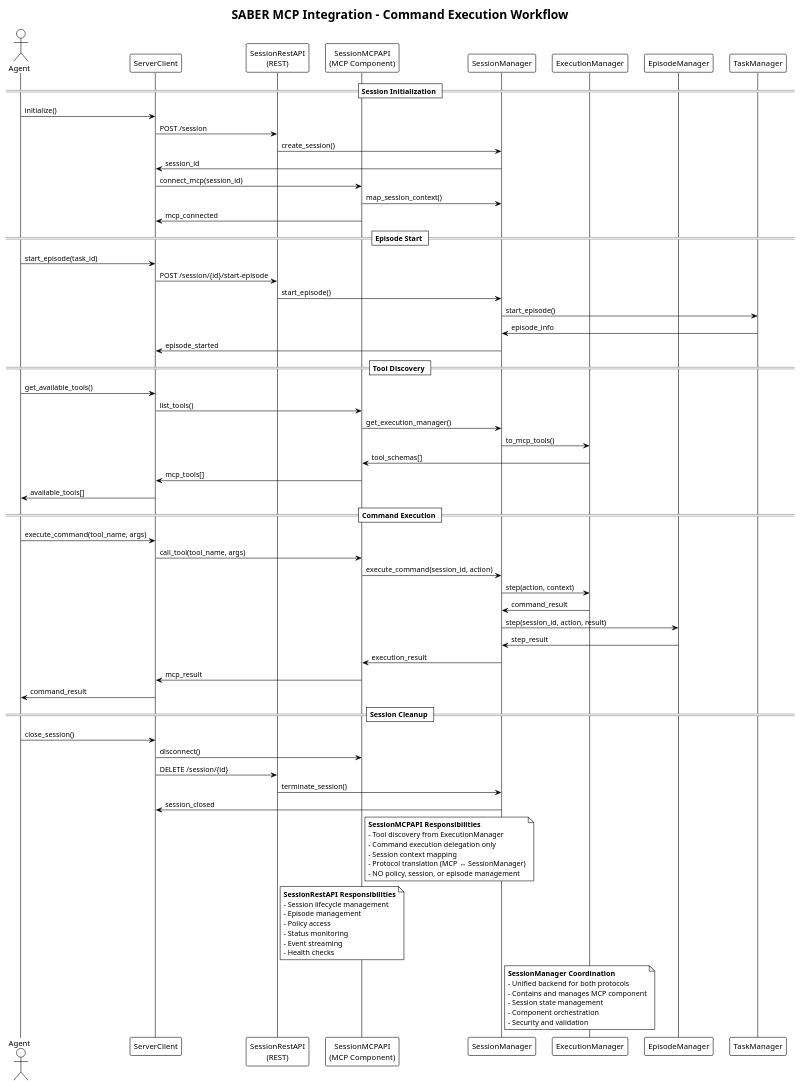
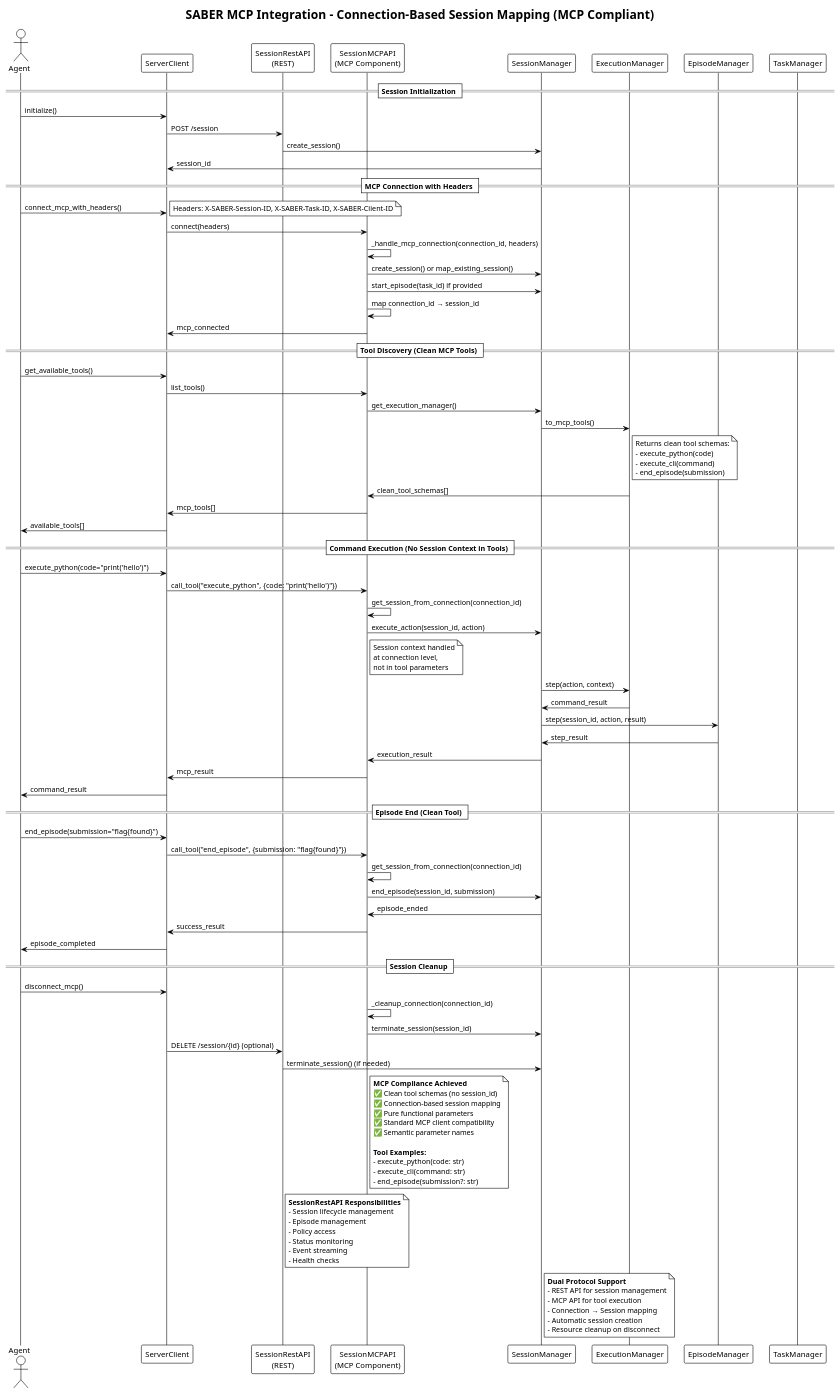
The diagram in docs/server/api/mcp_integration_sequence.puml (microsoft/ACES), drawn with PlantUML before and after one commit. The commit also changed 93 other files, not shown here.

First line of the commit message:
Checkpoint commit in Romulus integration that implements many server side fixes and client side agent changes

```diff
--- a/docs/server/api/mcp_integration_sequence.puml
+++ b/docs/server/api/mcp_integration_sequence.puml
@@ -1,88 +1,104 @@
 @startuml MCP Integration Workflow
 
 !theme plain
-title SABER MCP Integration - Command Execution Workflow
+title SABER MCP Integration - Connection-Based Session Mapping (MCP Compliant)
 
 actor Agent
 participant "ServerClient" as Client
 participant "SessionRestAPI\n(REST)" as REST
 participant "SessionMCPAPI\n(MCP Component)" as MCP
 participant "SessionManager" as SM
 participant "ExecutionManager" as EM_EXEC
 participant "EpisodeManager" as EM_EP
 participant "TaskManager" as TM
 
 == Session Initialization ==
 Agent -> Client: initialize()
 Client -> REST: POST /session
 REST -> SM: create_session()
 SM -> Client: session_id
-Client -> MCP: connect_mcp(session_id)
-MCP -> SM: map_session_context()
+
+== MCP Connection with Headers ==
+Agent -> Client: connect_mcp_with_headers()
+note right: Headers: X-SABER-Session-ID, X-SABER-Task-ID, X-SABER-Client-ID
+Client -> MCP: connect(headers)
+MCP -> MCP: _handle_mcp_connection(connection_id, headers)
+MCP -> SM: create_session() or map_existing_session()
+MCP -> SM: start_episode(task_id) if provided
+MCP -> MCP: map connection_id → session_id
 MCP -> Client: mcp_connected
 
-== Episode Start ==
-Agent -> Client: start_episode(task_id)
-Client -> REST: POST /session/{id}/start-episode
-REST -> SM: start_episode()
-SM -> TM: start_episode()
-TM -> SM: episode_info
-SM -> Client: episode_started
-
-== Tool Discovery ==
+== Tool Discovery (Clean MCP Tools) ==
 Agent -> Client: get_available_tools()
 Client -> MCP: list_tools()
 MCP -> SM: get_execution_manager()
 SM -> EM_EXEC: to_mcp_tools()
-EM_EXEC -> MCP: tool_schemas[]
+note right of EM_EXEC: Returns clean tool schemas:\n- execute_python(code)\n- execute_cli(command)\n- end_episode(submission)
+EM_EXEC -> MCP: clean_tool_schemas[]
 MCP -> Client: mcp_tools[]
 Client -> Agent: available_tools[]
 
-== Command Execution ==
-Agent -> Client: execute_command(tool_name, args)
-Client -> MCP: call_tool(tool_name, args)
-MCP -> SM: execute_command(session_id, action)
+== Command Execution (No Session Context in Tools) ==
+Agent -> Client: execute_python(code="print('hello')")
+Client -> MCP: call_tool("execute_python", {code: "print('hello')"})
+MCP -> MCP: get_session_from_connection(connection_id)
+MCP -> SM: execute_action(session_id, action)
+note right of MCP: Session context handled\nat connection level,\nnot in tool parameters
 SM -> EM_EXEC: step(action, context)
 EM_EXEC -> SM: command_result
 SM -> EM_EP: step(session_id, action, result)
 EM_EP -> SM: step_result
 SM -> MCP: execution_result
 MCP -> Client: mcp_result
 Client -> Agent: command_result
 
+== Episode End (Clean Tool) ==
+Agent -> Client: end_episode(submission="flag{found}")
+Client -> MCP: call_tool("end_episode", {submission: "flag{found}"})
+MCP -> MCP: get_session_from_connection(connection_id)
+MCP -> SM: end_episode(session_id, submission)
+SM -> MCP: episode_ended
+MCP -> Client: success_result
+Client -> Agent: episode_completed
+
 == Session Cleanup ==
-Agent -> Client: close_session()
-Client -> MCP: disconnect()
-Client -> REST: DELETE /session/{id}
-REST -> SM: terminate_session()
-SM -> Client: session_closed
+Agent -> Client: disconnect_mcp()
+MCP -> MCP: _cleanup_connection(connection_id)
+MCP -> SM: terminate_session(session_id)
+Client -> REST: DELETE /session/{id} (optional)
+REST -> SM: terminate_session() (if needed)
 
 note right of MCP
-**SessionMCPAPI Responsibilities**
-- Tool discovery from ExecutionManager
-- Command execution delegation only
-- Session context mapping
-- Protocol translation (MCP ↔ SessionManager)
-- NO policy, session, or episode management
+**MCP Compliance Achieved**
+✅ Clean tool schemas (no session_id)
+✅ Connection-based session mapping
+✅ Pure functional parameters
+✅ Standard MCP client compatibility
+✅ Semantic parameter names
+
+**Tool Examples:**
+- execute_python(code: str)
+- execute_cli(command: str)
+- end_episode(submission?: str)
 end note
 
 note right of REST
 **SessionRestAPI Responsibilities**
 - Session lifecycle management
 - Episode management
 - Policy access
 - Status monitoring
 - Event streaming
 - Health checks
 end note
 
 note right of SM
-**SessionManager Coordination**
-- Unified backend for both protocols
-- Contains and manages MCP component
-- Session state management
-- Component orchestration
-- Security and validation
+**Dual Protocol Support**
+- REST API for session management
+- MCP API for tool execution
+- Connection → Session mapping
+- Automatic session creation
+- Resource cleanup on disconnect
 end note
 
 @enduml
```
